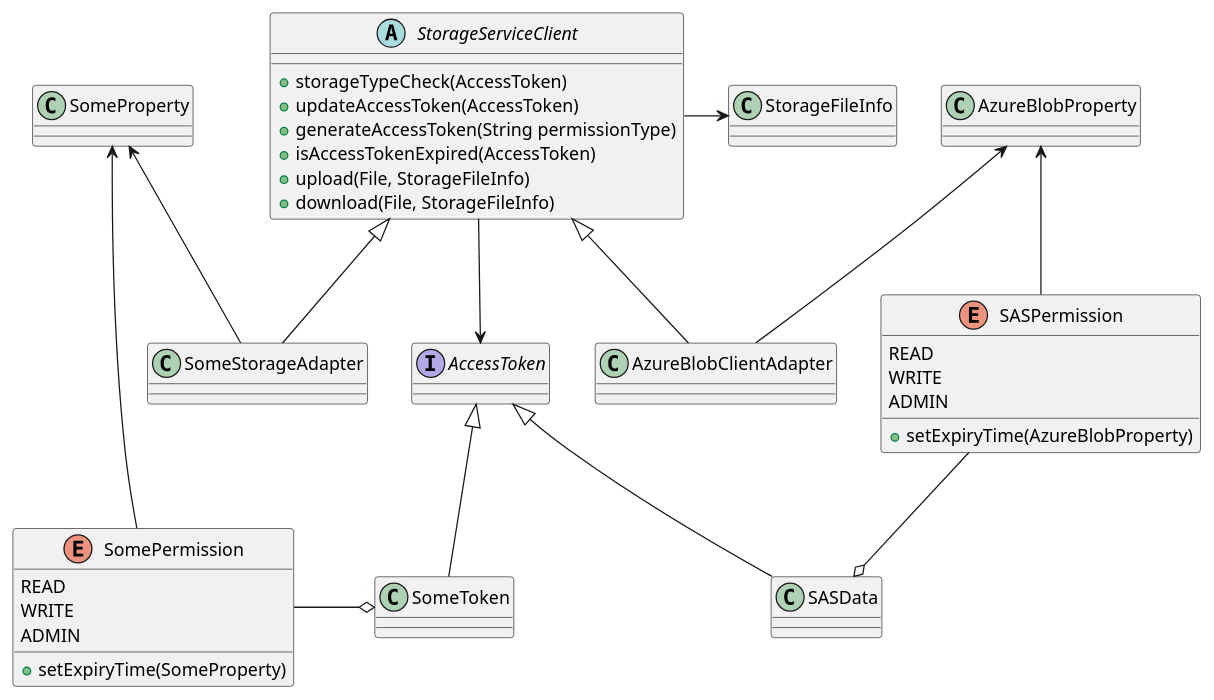
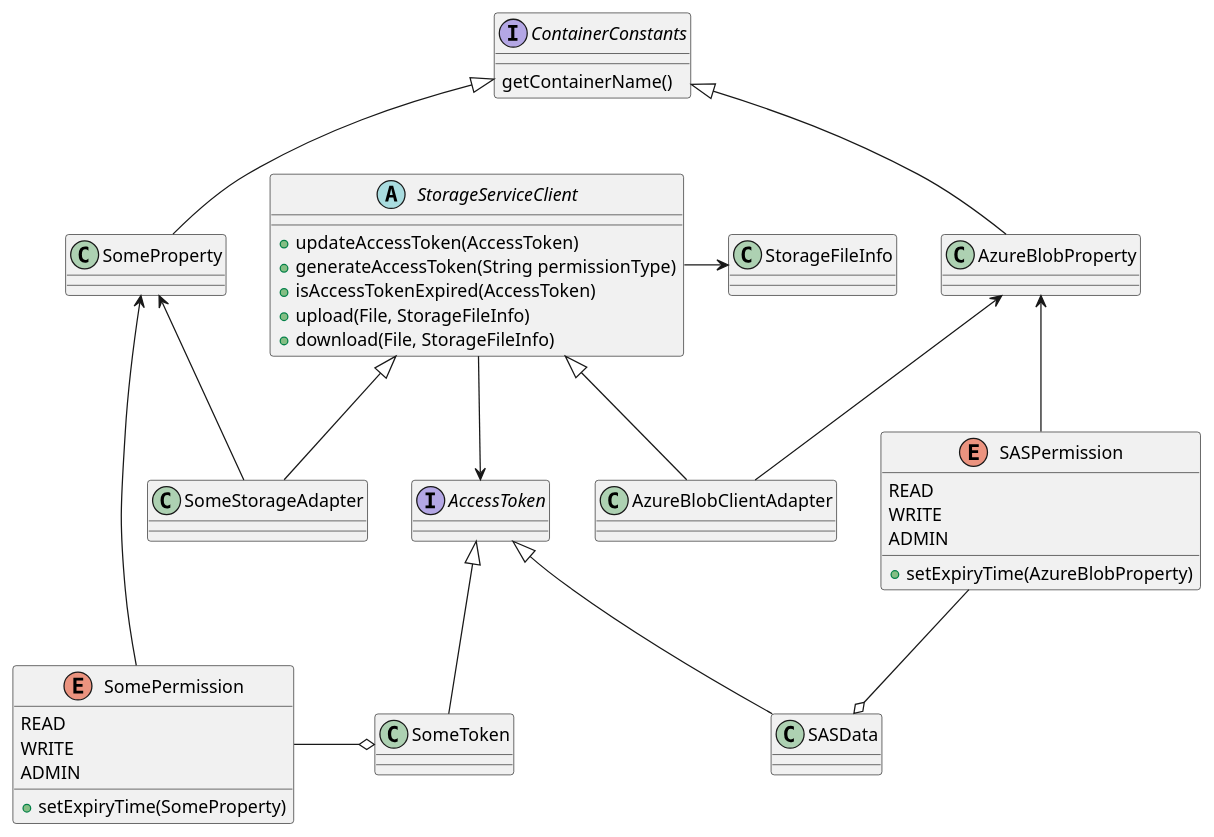
The diagram in common/doc/UML/storage_system_design.puml (microsoft/HydraLab), drawn with PlantUML before and after one commit. The commit also changed 1 other file, not shown here.

Commit message:
Add StorageManageService for StorageServiceClient init control; Update UML for storage system;
TODO:
- Local storage support;
- Gradle plugin in separate PR: compatibility for both version 1.0.x and 1.1.x;
- ADO plugin support;

```diff
--- a/common/doc/UML/storage_system_design.puml
+++ b/common/doc/UML/storage_system_design.puml
@@ -1,49 +1,53 @@
 @startuml
 
 interface AccessToken
+interface ContainerConstants {
+getContainerName()
+}
 abstract class StorageServiceClient {
-+storageTypeCheck(AccessToken)
 +updateAccessToken(AccessToken)
 +generateAccessToken(String permissionType)
 +isAccessTokenExpired(AccessToken)
 +upload(File, StorageFileInfo)
 +download(File, StorageFileInfo)
 }
 class StorageFileInfo
 
 class AzureBlobClientAdapter
 class AzureBlobProperty
 class SASData
 enum SASPermission {
 READ
 WRITE
 ADMIN
 +setExpiryTime(AzureBlobProperty)
 }
 
 class SomeStorageAdapter
 class SomeProperty
 class SomeToken
 enum SomePermission {
 READ
 WRITE
 ADMIN
 +setExpiryTime(SomeProperty)
 }
 
 StorageServiceClient --> AccessToken
 StorageServiceClient -> StorageFileInfo
 
 StorageServiceClient <|-- AzureBlobClientAdapter
 AccessToken <|-- SASData
 SASPermission --o SASData
 AzureBlobProperty <-- SASPermission
 AzureBlobProperty <-- AzureBlobClientAdapter
+ContainerConstants <|-- AzureBlobProperty
 
 StorageServiceClient <|-- SomeStorageAdapter
 AccessToken <|-- SomeToken
 SomePermission -o SomeToken
 SomeProperty <-- SomePermission
 SomeProperty <-- SomeStorageAdapter
+ContainerConstants <|-- SomeProperty
 
 @enduml
```
